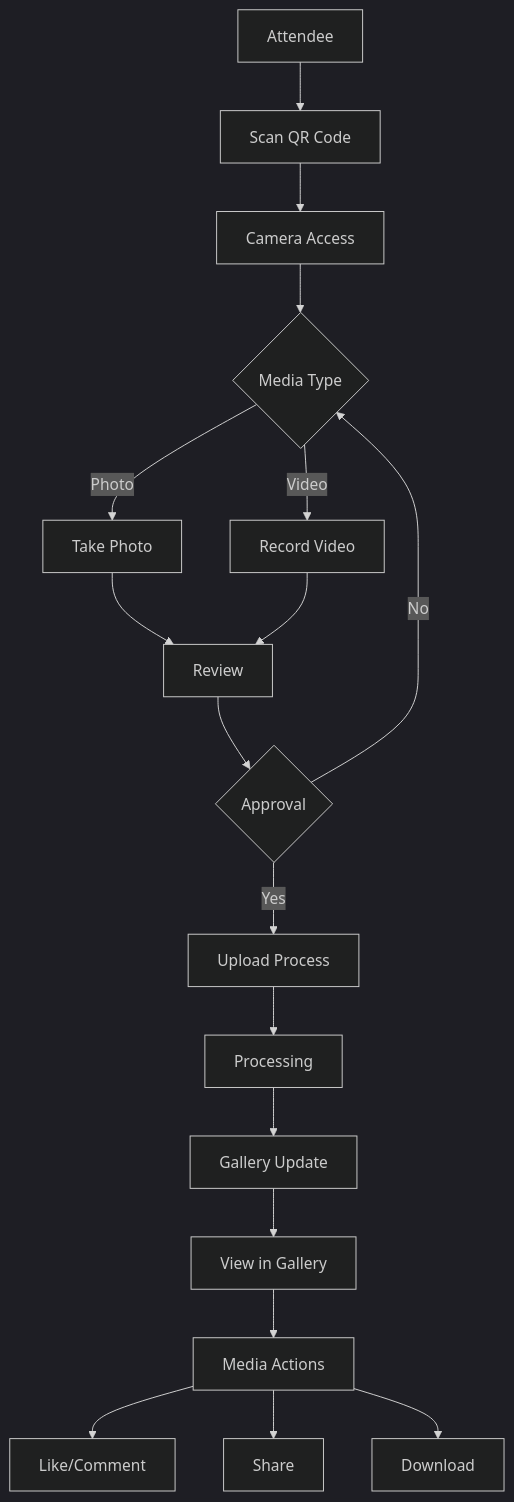
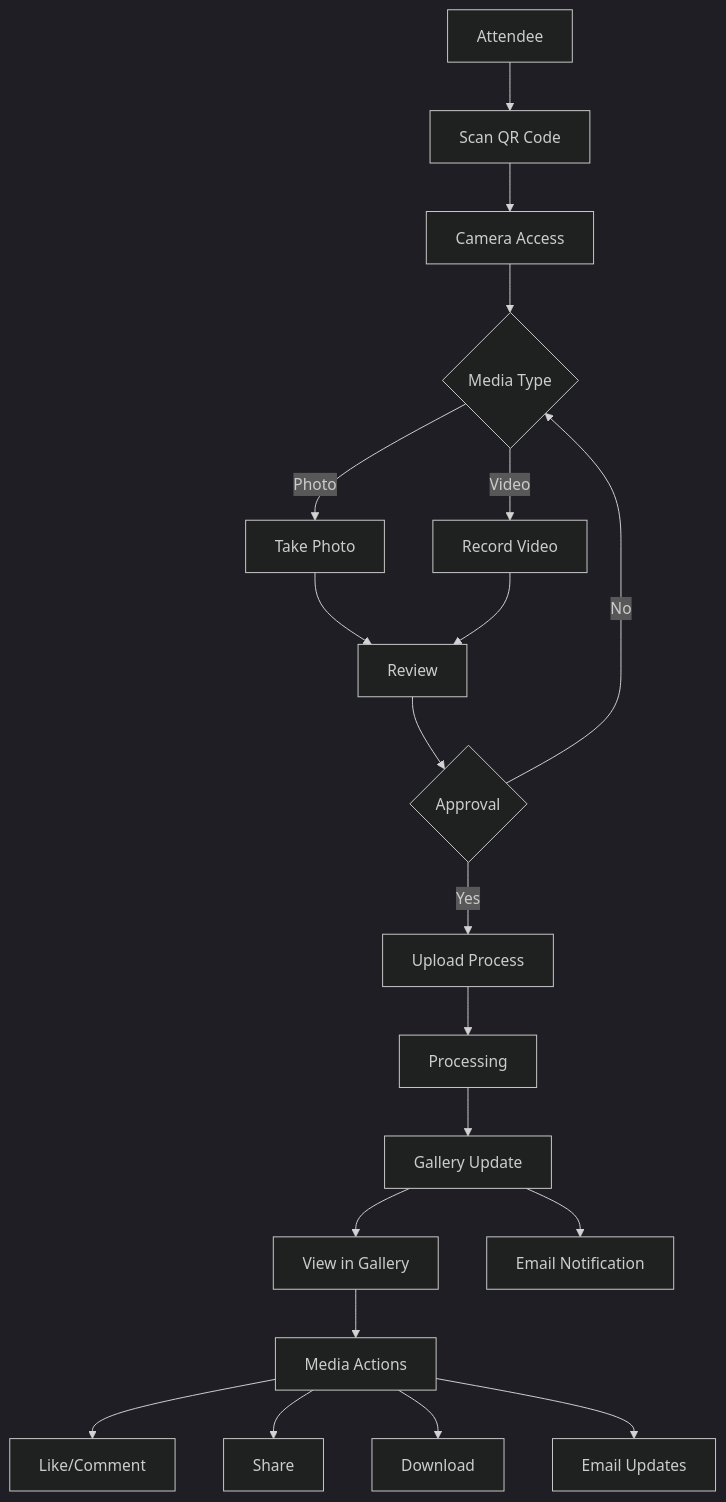
Before and after one commit to mrj0nesmtl/cloud-burst: the second of 5 diagrams in docs/user-flows/user_flow_overview.md, drawn with Mermaid (dark theme). The commit also changed other lines of this file and 85 other files, not shown here.

````diff
--- a/docs/user-flows/user_flow_overview.md
+++ b/docs/user-flows/user_flow_overview.md
@@ -80,25 +89,27 @@
 ```mermaid
 flowchart TD
     A[Attendee] --> B[Scan QR Code]
     B --> C[Camera Access]
     C --> D{Media Type}
     
     D -->|Photo| E[Take Photo]
     D -->|Video| F[Record Video]
     
     E --> G[Review]
     F --> G
     
     G --> H{Approval}
     H -->|Yes| I[Upload Process]
     H -->|No| D
     
     I --> J[Processing]
     J --> K[Gallery Update]
     K --> L[View in Gallery]
+    K --> M[Email Notification]
     
-    L --> M[Media Actions]
-    M --> N[Like/Comment]
-    M --> O[Share]
-    M --> P[Download]
+    L --> N[Media Actions]
+    N --> O[Like/Comment]
+    N --> P[Share]
+    N --> Q[Download]
+    N --> R[Email Updates]
 ```
````
